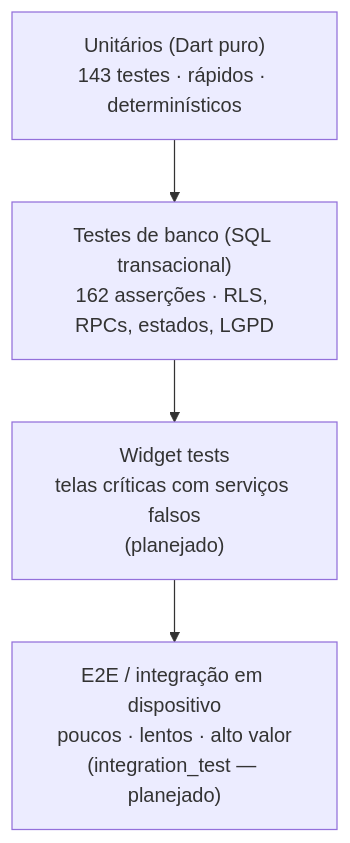
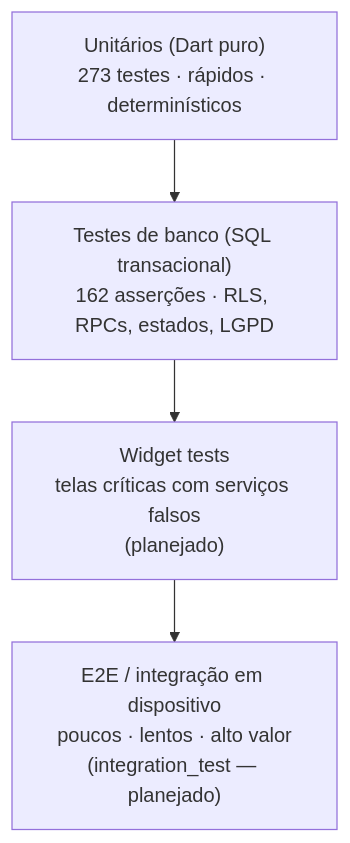
Before and after one commit to WagnerxOliveira/DesperrengueApp_TAI3: the diagram in docs/TESTING.md, drawn with Mermaid. The commit also changed other lines of this file and 6 other files, not shown here.

````diff
--- a/docs/TESTING.md
+++ b/docs/TESTING.md
@@ -25,8 +25,8 @@
 ```mermaid
 flowchart TB
     E2E["E2E / integração em dispositivo<br/>poucos · lentos · alto valor<br/>(integration_test — planejado)"]
     WID["Widget tests<br/>telas críticas com serviços falsos<br/>(planejado)"]
     DBT["Testes de banco (SQL transacional)<br/>162 asserções · RLS, RPCs, estados, LGPD"]
-    UNIT["Unitários (Dart puro)<br/>143 testes · rápidos · determinísticos"]
+    UNIT["Unitários (Dart puro)<br/>273 testes · rápidos · determinísticos"]
     UNIT --> DBT --> WID --> E2E
 ```
````
